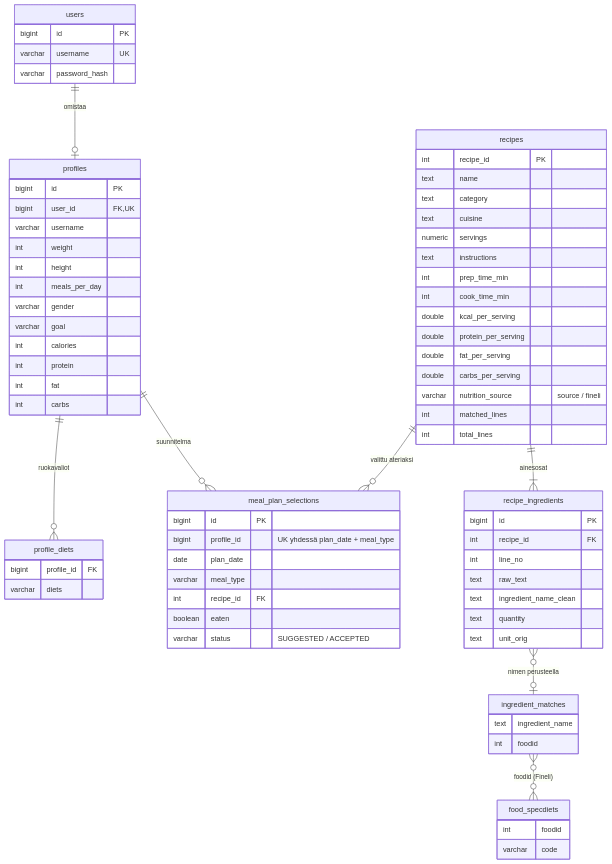
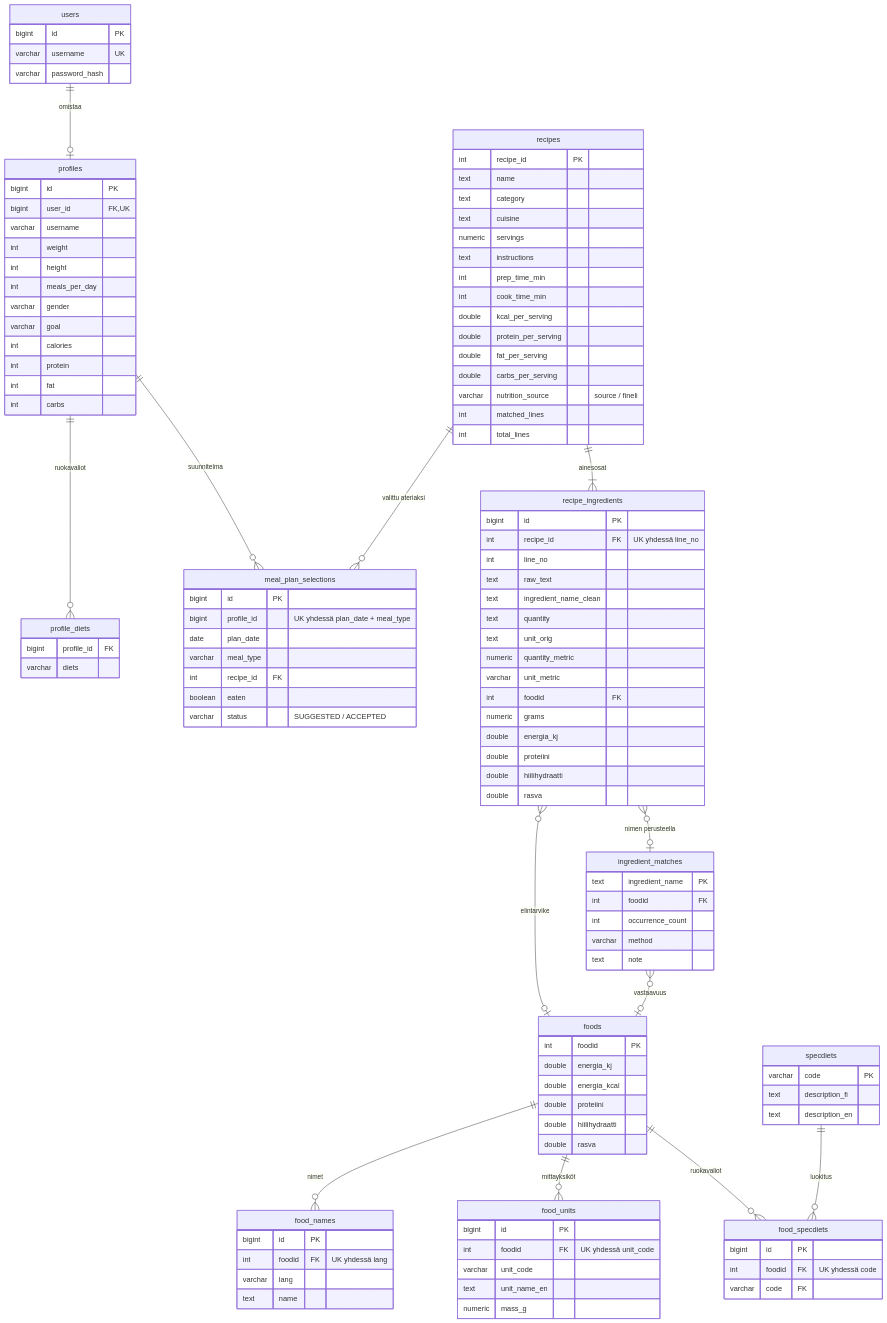
Before and after one commit to HH-DarkMode/Meal-Planner-Backend: the diagram in README.md, drawn with Mermaid. The commit also changed other lines of this file, not shown here.

Commit message:
ER-kaavio tarkistettu tietokannasta
Lisätty Finelin taulut ja puuttuvat sarakkeet.

````diff
--- a/README.md
+++ b/README.md
@@ -48,7 +48,12 @@
     recipes ||--o{ meal_plan_selections : "valittu ateriaksi"
     recipes ||--|{ recipe_ingredients : "ainesosat"
     recipe_ingredients }o--o| ingredient_matches : "nimen perusteella"
-    ingredient_matches }o--o{ food_specdiets : "foodid (Fineli)"
+    recipe_ingredients }o--o| foods : "elintarvike"
+    ingredient_matches }o--o| foods : "vastaavuus"
+    foods ||--o{ food_names : "nimet"
+    foods ||--o{ food_units : "mittayksiköt"
+    foods ||--o{ food_specdiets : "ruokavaliot"
+    specdiets ||--o{ food_specdiets : "luokitus"
 
     users {
         bigint id PK
@@ -101,19 +106,57 @@
     }
     recipe_ingredients {
         bigint id PK
-        int recipe_id FK
+        int recipe_id FK "UK yhdessä line_no"
         int line_no
         text raw_text
         text ingredient_name_clean
         text quantity
         text unit_orig
+        numeric quantity_metric
+        varchar unit_metric
+        int foodid FK
+        numeric grams
+        double energia_kj
+        double proteiini
+        double hiilihydraatti
+        double rasva
     }
     ingredient_matches {
-        text ingredient_name
-        int foodid
+        text ingredient_name PK
+        int foodid FK
+        int occurrence_count
+        varchar method
+        text note
+    }
+    foods {
+        int foodid PK
+        double energia_kj
+        double energia_kcal
+        double proteiini
+        double hiilihydraatti
+        double rasva
+    }
+    food_names {
+        bigint id PK
+        int foodid FK "UK yhdessä lang"
+        varchar lang
+        text name
+    }
+    food_units {
+        bigint id PK
+        int foodid FK "UK yhdessä unit_code"
+        varchar unit_code
+        text unit_name_en
+        numeric mass_g
     }
     food_specdiets {
-        int foodid
-        varchar code
+        bigint id PK
+        int foodid FK "UK yhdessä code"
+        varchar code FK
+    }
+    specdiets {
+        varchar code PK
+        text description_fi
+        text description_en
     }
 ```
````
